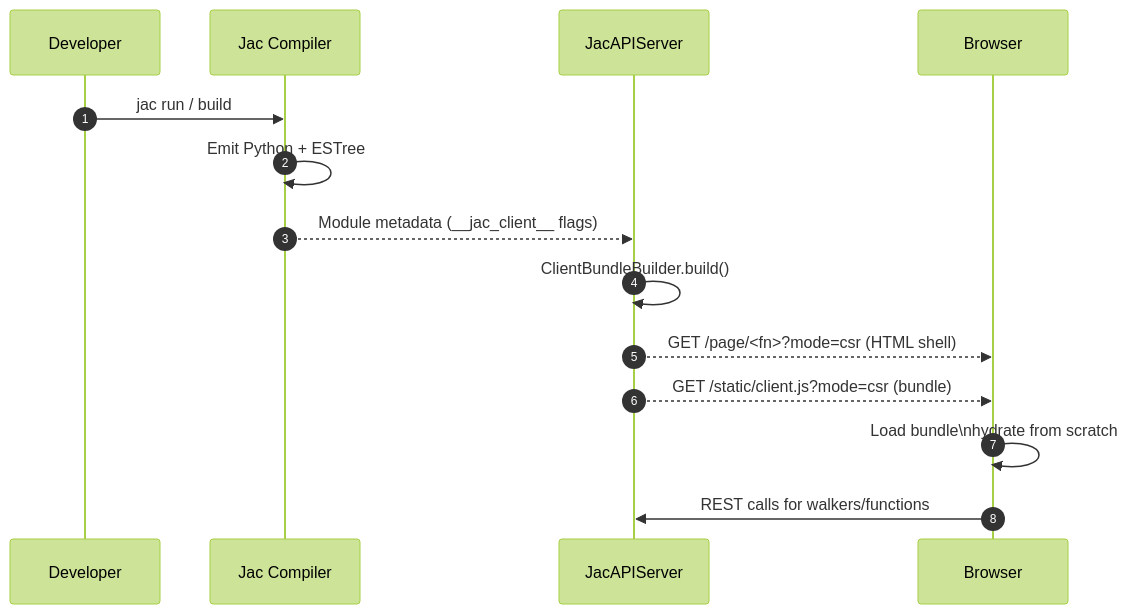
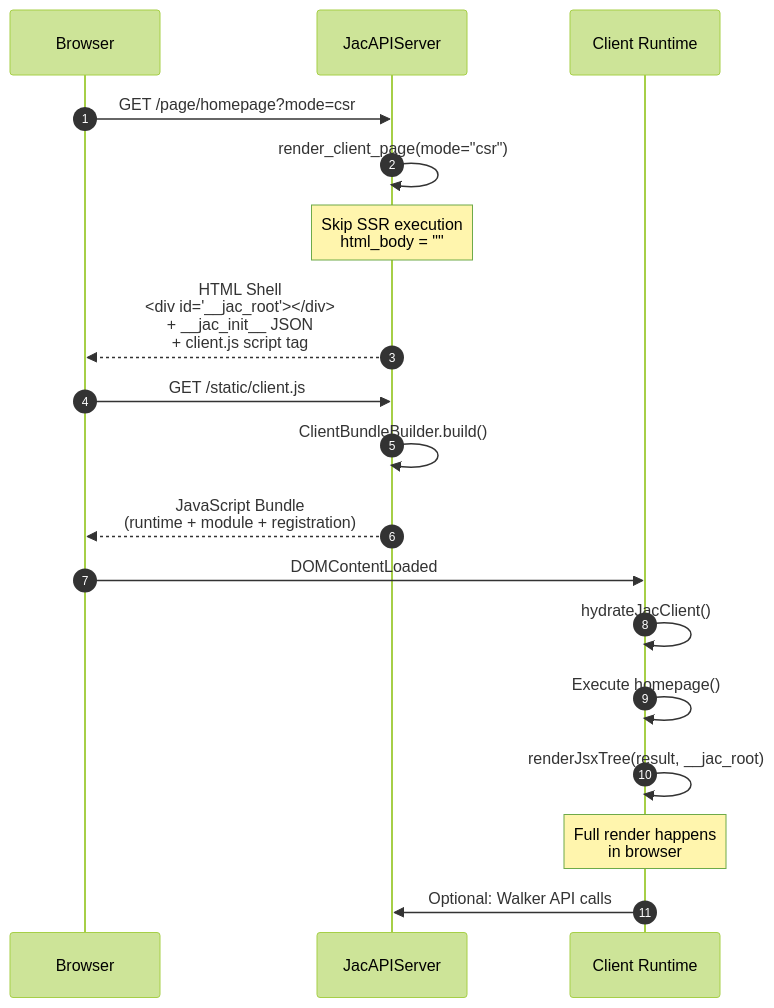
Before and after one commit to specialized806/jaseci: the second of 3 diagrams in jac/docs/jsx_webpage_generation_design.md, drawn with Mermaid (forest theme). The commit also changed other lines of this file and 4 other files, not shown here.

````diff
--- a/jac/docs/jsx_webpage_generation_design.md
+++ b/jac/docs/jsx_webpage_generation_design.md
@@ -53,17 +84,21 @@
 ```mermaid
 sequenceDiagram
     autonumber
-    participant Dev as Developer
-    participant Compiler as Jac Compiler
+    participant Browser
     participant Server as JacAPIServer
-    participant Browser
+    participant Runtime as Client Runtime
 
-    Dev->>Compiler: jac run / build
-    Compiler->>Compiler: Emit Python + ESTree
-    Compiler-->>Server: Module metadata (__jac_client__ flags)
+    Browser->>Server: GET /page/homepage?mode=csr
+    Server->>Server: render_client_page(mode="csr")
+    Note over Server: Skip SSR execution<br/>html_body = ""
+    Server-->>Browser: HTML Shell<br/><div id="__jac_root"></div><br/>+ __jac_init__ JSON<br/>+ client.js script tag
+    Browser->>Server: GET /static/client.js
     Server->>Server: ClientBundleBuilder.build()
-    Server-->>Browser: GET /page/<fn>?mode=csr (HTML shell)
-    Server-->>Browser: GET /static/client.js?mode=csr (bundle)
-    Browser->>Browser: Load bundle\nhydrate from scratch
-    Browser->>Server: REST calls for walkers/functions
+    Server-->>Browser: JavaScript Bundle<br/>(runtime + module + registration)
+    Browser->>Runtime: DOMContentLoaded
+    Runtime->>Runtime: hydrateJacClient()
+    Runtime->>Runtime: Execute homepage()
+    Runtime->>Runtime: renderJsxTree(result, __jac_root)
+    Note over Runtime: Full render happens<br/>in browser
+    Runtime->>Server: Optional: Walker API calls
 ```
````
